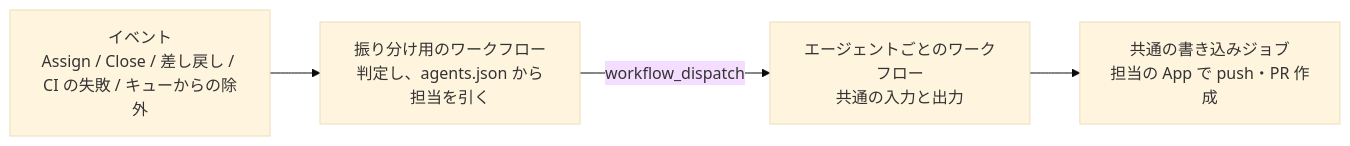
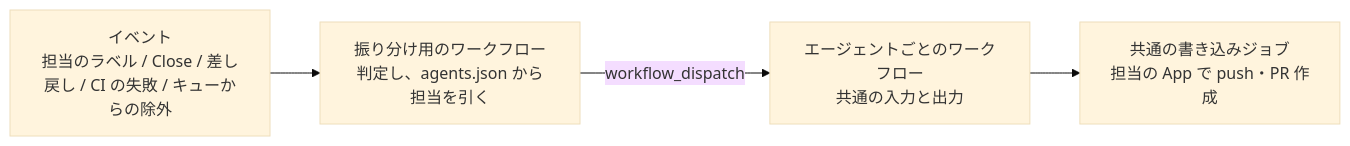
Before and after one commit to kyro-studios/web-application-template-sandbox: the first of 2 diagrams in .github/coding-agent/specification.md, drawn with Mermaid (base theme). The commit also changed other lines of this file and 16 other files, not shown here.

````diff
--- a/.github/coding-agent/specification.md
+++ b/.github/coding-agent/specification.md
@@ -99,6 +101,6 @@
 ```mermaid
 flowchart LR
-  ev[イベント<br/>Assign / Close / 差し戻し / CI の失敗 / キューからの除外] --> router[振り分け用のワークフロー<br/>判定し、agents.json から担当を引く]
+  ev[イベント<br/>担当のラベル / Close / 差し戻し / CI の失敗 / キューからの除外] --> router[振り分け用のワークフロー<br/>判定し、agents.json から担当を引く]
   router -- workflow_dispatch --> agent[エージェントごとのワークフロー<br/>共通の入力と出力]
   agent --> publish[共通の書き込みジョブ<br/>担当の App で push・PR 作成]
 ```
````
